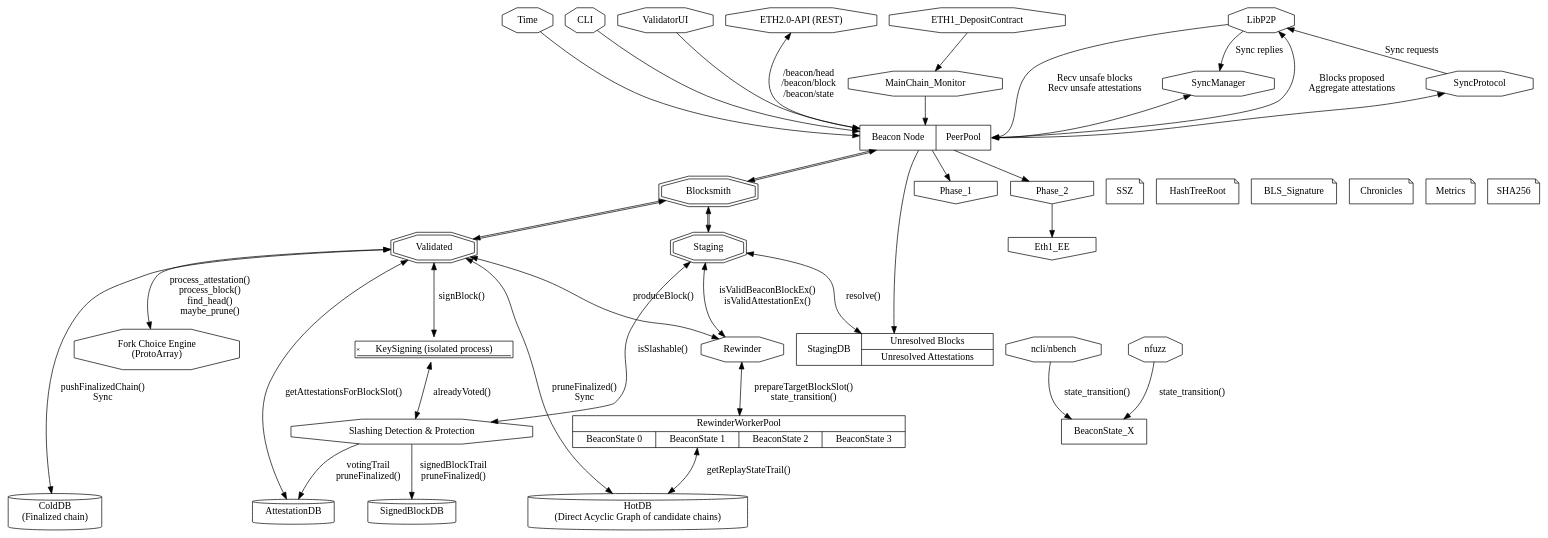
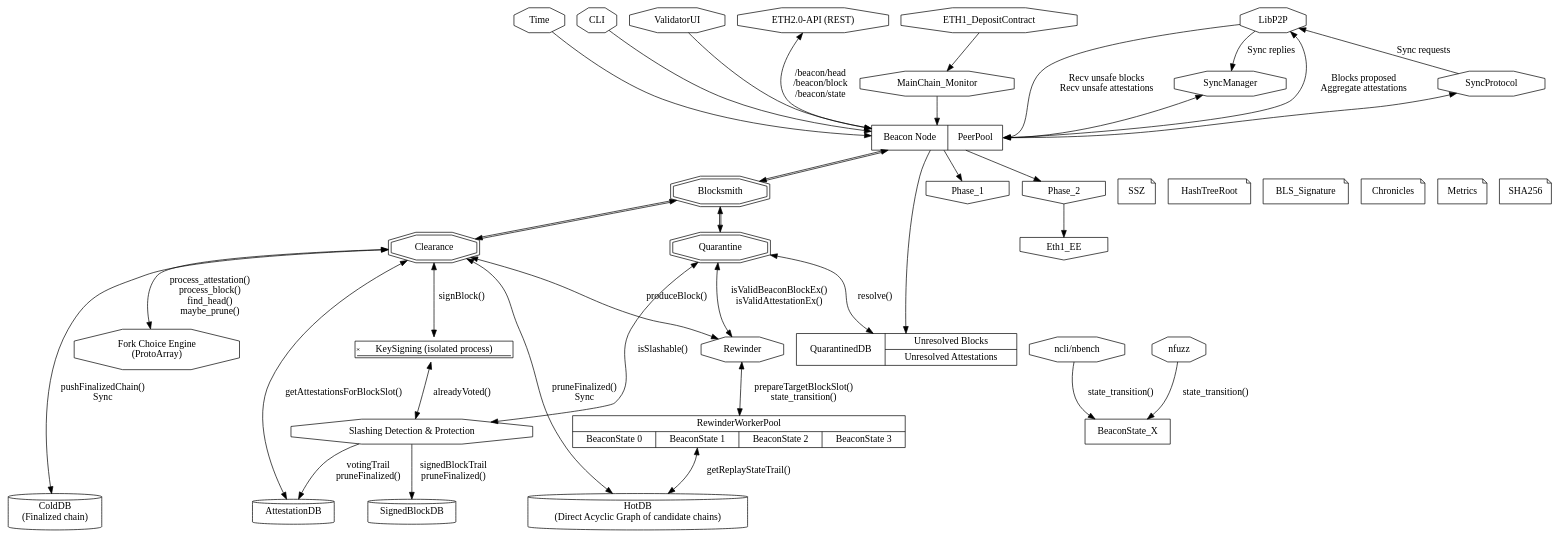
The diagram in architecture_phase0.dot (mratsim/blocksmith), drawn with Graphviz before and after one commit. The commit also changed 5 other files, not shown here.

Commit message:
Use Cleared/Clearance instead of Validated to limit confusion with consensus object, and Quarantine/Quarantined instead of Staging to highlight the risk.

```diff
--- a/architecture_phase0.dot
+++ b/architecture_phase0.dot
@@ -1,83 +1,83 @@
 digraph architecture{
   node [shape = signature]; KeySigning [label="KeySigning (isolated process)"];
   node [shape = octagon]; SyncManager SyncProtocol MainChain_Monitor Time CLI ValidatorUI Slashing LibP2P ETH2_API ncli nfuzz Rewinder ForkChoice;
   ETH2_API [label="ETH2.0-API (REST)"];
   Slashing [label="Slashing Detection & Protection"];
   ForkChoice [label="Fork Choice Engine\n(ProtoArray)"];
   {rank = source; ETH1_DepositContract LibP2P ETH2_API CLI Time ValidatorUI;}
 
   node [shape = record] BeaconNode;
   BeaconNode [label="<nbc>Beacon Node | <PeerPool>PeerPool"]
 
   ncli [label="ncli/nbench"];
   {rank = same; ncli; nfuzz;}
 
-  node [shape = doubleoctagon]; Blocksmith Staging Validated;
+  node [shape = doubleoctagon]; Blocksmith Quarantine Clearance;
   node [shape = invhouse]; Phase_1 Phase_2 Eth1_EE;
   node [shape = note] SSZ HashTreeRoot BLS_Signature Chronicles Metrics SHA256
   {rank = same; Blocksmith Phase_1 Phase_2 SSZ HashTreeRoot BLS_Signature Chronicles Metrics SHA256;}
 
   BeaconNode -> Phase_1
   BeaconNode -> Phase_2
   Phase_2 -> Eth1_EE
 
-  node [shape = record]; StagingDB;
-  StagingDB [label="StagingDB | {Unresolved Blocks | Unresolved Attestations}"];
+  node [shape = record]; QuarantinedDB;
+  QuarantinedDB [label="QuarantinedDB | {Unresolved Blocks | Unresolved Attestations}"];
 
   node [shape = record]; RewinderWorkerPool;
   node [shape = box]; BeaconState_X;
 
   RewinderWorkerPool [label="{RewinderWorkerPool | {<bs0>BeaconState 0|<bs1>BeaconState 1|<bs2>BeaconState 2|<bs3>BeaconState 3}}"];
   {rank = same; RewinderWorkerPool BeaconState_X;}
 
   node [shape = cylinder]; AttestationDB HotDB ColdDB;
   {rank = sink; AttestationDB SignedBlockDB HotDB ColdDB;}
   HotDB [label="HotDB\n(Direct Acyclic Graph of candidate chains)"]
   ColdDB [label="ColdDB\n(Finalized chain)"]
 
   {rank = same; MainChain_Monitor SyncManager SyncProtocol;}
   ETH1_DepositContract -> MainChain_Monitor
   MainChain_Monitor -> BeaconNode
 
   SyncManager -> BeaconNode:PeerPool [dir=both]
   SyncProtocol -> BeaconNode:PeerPool [dir=both]
 
   CLI -> BeaconNode
   ValidatorUI -> BeaconNode
   Time -> BeaconNode
   BeaconNode -> Blocksmith [dir=both color="black:black"]
-  BeaconNode -> StagingDB
-  Blocksmith -> Staging [dir=both color="black:black"]
-  Blocksmith -> Validated [dir=both color="black:black"]
-  Staging -> StagingDB [dir=both label="resolve()"]
+  BeaconNode -> QuarantinedDB
+  Blocksmith -> Quarantine [dir=both color="black:black"]
+  Blocksmith -> Clearance [dir=both color="black:black"]
+  Quarantine -> QuarantinedDB [dir=both label="resolve()"]
 
   ncli -> BeaconState_X [label="state_transition()"]
   nfuzz -> BeaconState_X [label="state_transition()"]
 
   SyncProtocol -> LibP2P [label="Sync requests"]
   LibP2P -> SyncManager [label="Sync replies"]
 
   LibP2P -> BeaconNode:PeerPool [label="Recv unsafe blocks\nRecv unsafe attestations"]
   BeaconNode:PeerPool -> LibP2P [label="Blocks proposed\nAggregate attestations"]
   ETH2_API -> BeaconNode [dir="both", label="/beacon/head\n/beacon/block\n/beacon/state"]
 
-  Validated -> ForkChoice [dir="both", label="process_attestation()\nprocess_block()\nfind_head()\nmaybe_prune()"]
+  Clearance -> ForkChoice [dir="both", label="process_attestation()\nprocess_block()\nfind_head()\nmaybe_prune()"]
 
-  Staging -> Slashing [dir="both", label="isSlashable()"]
-  Validated -> KeySigning [dir="both", label="signBlock()"]
+  Quarantine -> Slashing [dir="both", label="isSlashable()"]
+  Clearance -> KeySigning [dir="both", label="signBlock()"]
   KeySigning -> Slashing [dir="both", label="alreadyVoted()"]
   Slashing -> AttestationDB [label="votingTrail\npruneFinalized()"]
   Slashing -> SignedBlockDB [label="signedBlockTrail\npruneFinalized()"]
-  Validated -> AttestationDB [dir="both", label="getAttestationsForBlockSlot()"]
+  Clearance -> AttestationDB [dir="both", label="getAttestationsForBlockSlot()"]
 
-  Validated -> HotDB [dir="both", label="pruneFinalized()\nSync"]
+  Clearance -> HotDB [dir="both", label="pruneFinalized()\nSync"]
 
   Rewinder -> RewinderWorkerPool [dir="both", label="prepareTargetBlockSlot()\nstate_transition()"]
   RewinderWorkerPool:bs1 -> HotDB [dir="both", label="getReplayStateTrail()"]
 
-  Staging -> Rewinder [dir="both", label="isValidBeaconBlockEx()\nisValidAttestationEx()"]
-  Validated -> Rewinder [dir="both", label="produceBlock()"]
+  Quarantine -> Rewinder [dir="both", label="isValidBeaconBlockEx()\nisValidAttestationEx()"]
+  Clearance -> Rewinder [dir="both", label="produceBlock()"]
 
 
-  Validated -> ColdDB [dir="both", label="pushFinalizedChain()\nSync"]
+  Clearance -> ColdDB [dir="both", label="pushFinalizedChain()\nSync"]
 }
```
